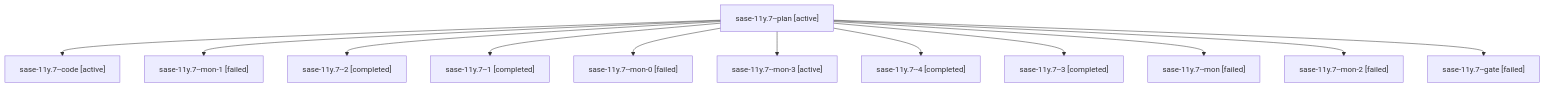
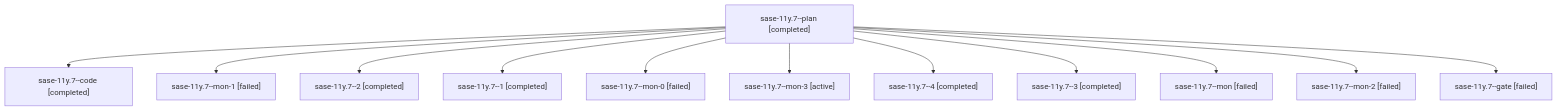
Before and after one commit to sase-org/sase--agents: the diagram in families/bbugyi200.athena.sase-11y.7.md, drawn with Mermaid. The commit also changed other lines of this file and 174 other files, not shown here.

````diff
--- a/families/bbugyi200.athena.sase-11y.7.md
+++ b/families/bbugyi200.athena.sase-11y.7.md
@@ -9,26 +9,26 @@
 ```mermaid
 flowchart TD
-  n0["sase-11y.7--plan [active]"]
-  n1["sase-11y.7--code [active]"]
+  n0["sase-11y.7--plan [completed]"]
+  n1["sase-11y.7--code [completed]"]
   n0 --> n1
   n2["sase-11y.7--mon-1 [failed]"]
   n0 --> n2
   n3["sase-11y.7--2 [completed]"]
   n0 --> n3
   n4["sase-11y.7--1 [completed]"]
   n0 --> n4
   n5["sase-11y.7--mon-0 [failed]"]
   n0 --> n5
   n6["sase-11y.7--mon-3 [active]"]
   n0 --> n6
   n7["sase-11y.7--4 [completed]"]
   n0 --> n7
   n8["sase-11y.7--3 [completed]"]
   n0 --> n8
   n9["sase-11y.7--mon [failed]"]
   n0 --> n9
   n10["sase-11y.7--mon-2 [failed]"]
   n0 --> n10
   n11["sase-11y.7--gate [failed]"]
   n0 --> n11
 ```
````
